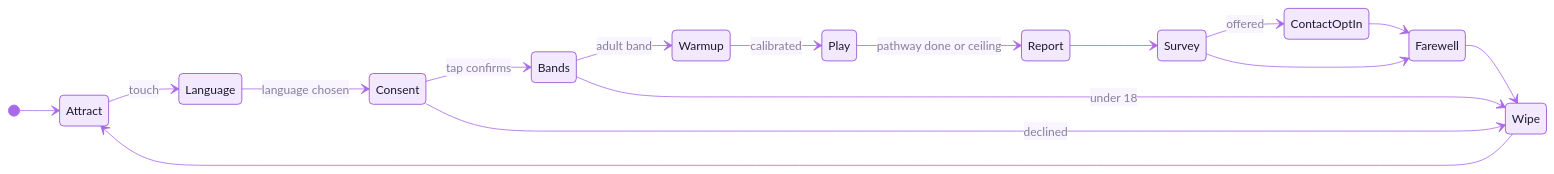
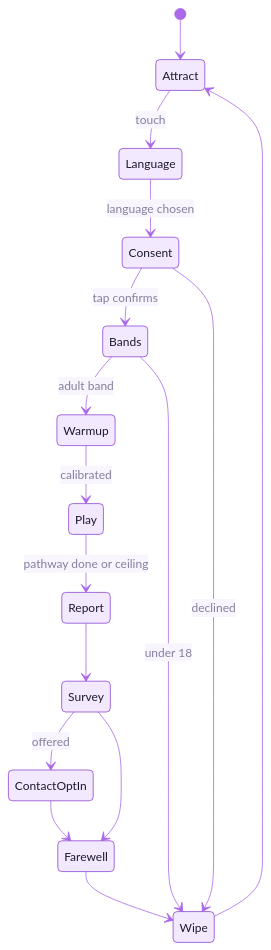
One commit to cxacraftecosystem-ui/behavioural-games changed the third of 3 diagrams in README.md. Above: the diagram before and after it, drawn with Mermaid.

Commit message:
README: the session statechart goes back to top to bottom; left to right shrank its eleven states below reading size

````diff
--- a/README.md
+++ b/README.md
@@ -140,20 +140,19 @@
 ```mermaid
 %%{init: {"theme":"base","themeVariables":{"fontFamily":"Inter, ui-sans-serif, system-ui, -apple-system, Segoe UI, Roboto, Helvetica, Arial, sans-serif","fontSize":"15px","primaryColor":"#F2E9FE","primaryTextColor":"#1E1B2E","primaryBorderColor":"#9148D2","secondaryColor":"#FAEECD","secondaryTextColor":"#1E1B2E","secondaryBorderColor":"#CD9200","tertiaryColor":"#F3F1FA","tertiaryTextColor":"#1E1B2E","tertiaryBorderColor":"#A7A3BC","mainBkg":"#F2E9FE","nodeBorder":"#9148D2","nodeTextColor":"#1E1B2E","lineColor":"#AA69E9","textColor":"#857F9E","edgeLabelBackground":"#F9F5FF","clusterBkg":"#F9F5FF","clusterBorder":"#D6B6FB","titleColor":"#762CB1","noteBkgColor":"#FAEECD","noteTextColor":"#1E1B2E","noteBorderColor":"#CD9200","actorBkg":"#F2E9FE","actorBorder":"#9148D2","actorTextColor":"#1E1B2E","actorLineColor":"#AA69E9","signalColor":"#AA69E9","signalTextColor":"#857F9E","labelBoxBkgColor":"#F2E9FE","labelBoxBorderColor":"#9148D2","labelTextColor":"#1E1B2E","loopTextColor":"#857F9E","activationBkgColor":"#E7D5FE","activationBorderColor":"#9148D2","sequenceNumberColor":"#FFFFFF","transitionColor":"#AA69E9","transitionLabelColor":"#857F9E","stateLabelColor":"#1E1B2E","stateBkg":"#F2E9FE","compositeBackground":"#F9F5FF","compositeTitleBackground":"#F2E9FE","attributeBackgroundColorOdd":"#FFFFFF","attributeBackgroundColorEven":"#F9F5FF","relationColor":"#AA69E9","relationLabelBackground":"#F9F5FF","relationLabelColor":"#1E1B2E"}}}%%
 stateDiagram-v2
-  direction LR
   [*] --> Attract
   Attract --> Language: touch
   Language --> Consent: language chosen
   Consent --> Bands: tap confirms
   Bands --> Warmup: adult band
   Warmup --> Play: calibrated
   Play --> Report: pathway done or ceiling
   Report --> Survey
   Survey --> ContactOptIn: offered
   Survey --> Farewell
   ContactOptIn --> Farewell
   Farewell --> Wipe
   Consent --> Wipe: declined
   Bands --> Wipe: under 18
   Wipe --> Attract
 ```
````
